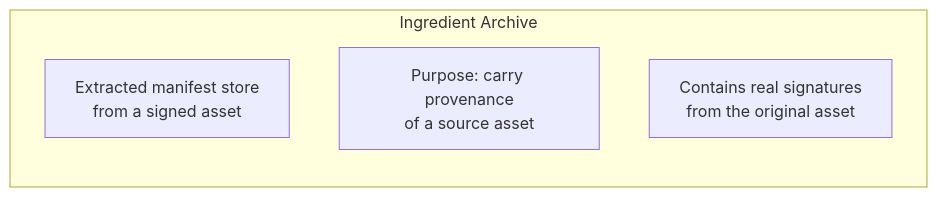
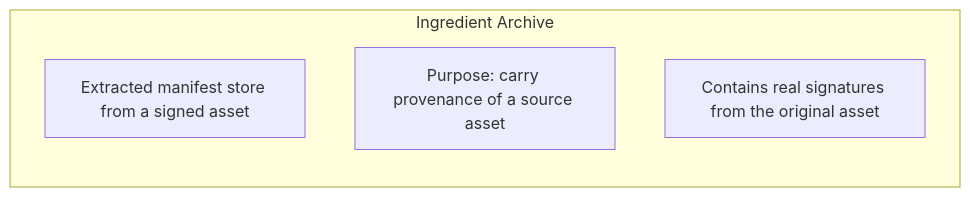
One commit to contentauth/c2pa-c changed the fourth of 11 diagrams in docs/selective-manifests.md. Above: the diagram before and after it, drawn with Mermaid. The commit also changed other lines of this file, not shown here.

````diff
--- a/docs/selective-manifests.md
+++ b/docs/selective-manifests.md
@@ -201,9 +201,9 @@
 ```mermaid
 flowchart TD
     subgraph IA["Ingredient Archive"]
         direction TB
-        I1["Extracted manifest store\nfrom a signed asset"]
-        I2["Purpose: carry provenance\nof a source asset"]
-        I3["Contains real signatures\nfrom the original asset"]
+        I1["Extracted manifest store from a signed asset"]
+        I2["Purpose: carry provenance of a source asset"]
+        I3["Contains real signatures from the original asset"]
     end
 ```
````
